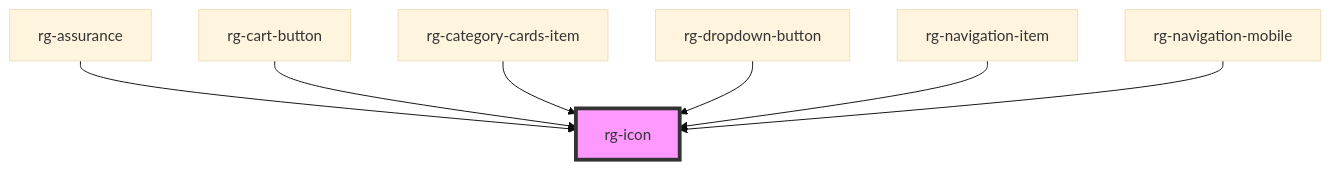
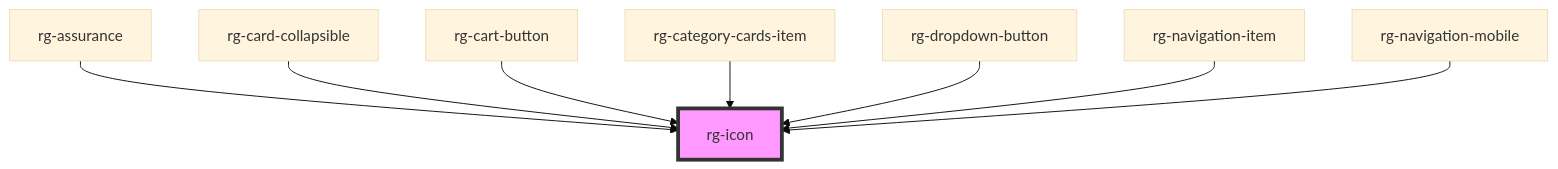
One commit to tomas862/regila-ui changed the diagram in src/components/icon/readme.md. Above: the diagram before and after it, drawn with Mermaid (base theme). The commit also changed other lines of this file and 8 other files, not shown here.

````diff
--- a/src/components/icon/readme.md
+++ b/src/components/icon/readme.md
@@ -29,10 +30,11 @@
 ```mermaid
 graph TD;
   rg-assurance --> rg-icon
+  rg-card-collapsible --> rg-icon
   rg-cart-button --> rg-icon
   rg-category-cards-item --> rg-icon
   rg-dropdown-button --> rg-icon
   rg-navigation-item --> rg-icon
   rg-navigation-mobile --> rg-icon
   style rg-icon fill:#f9f,stroke:#333,stroke-width:4px
 ```
````
